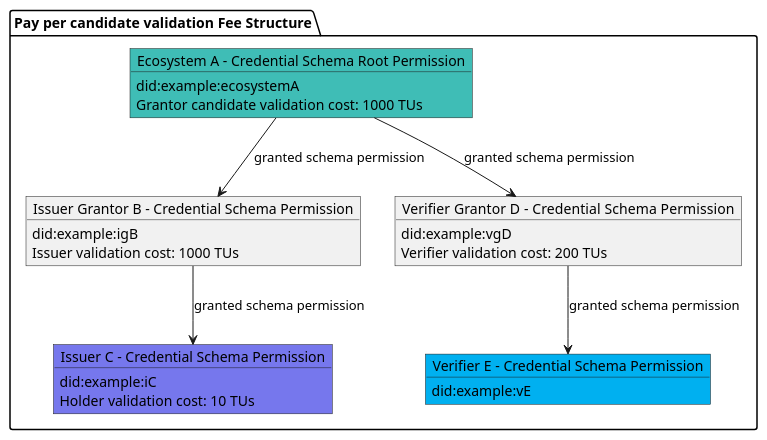
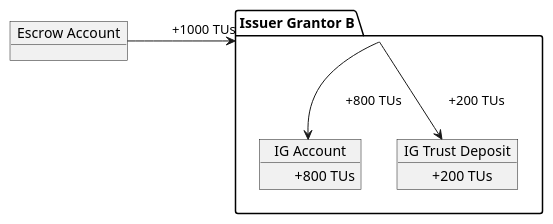
One commit to verana-labs/verifiable-trust-vpr-spec changed the eighth of 19 diagrams in spec.md. Above: the diagram before and after it, drawn with PlantUML. The commit also changed other lines of this file and 1 other file, not shown here.

````diff
--- a/spec.md
+++ b/spec.md
@@ -570,39 +670,24 @@
 ```plantuml
 
 @startuml
-scale max 800 width
- 
-package "Pay per candidate validation Fee Structure" as cs {
+scale max 1200 width
 
-    object "Ecosystem A - Credential Schema Root Permission" as tr #3fbdb6 {
-        did:example:ecosystemA
-        Grantor candidate validation cost: 1000 TUs
+package "Issuer Grantor B" as ig {
+    object "IG Account" as iga {
+        \t+800 TUs
     }
-    object "Issuer Grantor B - Credential Schema Permission" as ig {
-        did:example:igB
-        Issuer validation cost: 1000 TUs
-    }
-    object "Issuer C - Credential Schema Permission" as issuer #7677ed  {
-        did:example:iC
-        Holder validation cost: 10 TUs
-    }
-    object "Verifier Grantor D -  Credential Schema Permission" as vg {
-        did:example:vgD
-        Verifier validation cost: 200 TUs
-    }
-    object "Verifier E - Credential Schema Permission" as verifier #00b0f0 {
-        did:example:vE
+    object "IG Trust Deposit" as igtd {
+        \t+200 TUs
     }
 }
+object "Escrow Account" as escrow
 
 
 
-tr --> ig : granted schema permission
-ig --> issuer : granted schema permission
-
-tr --> vg : granted schema permission
-vg --> verifier : granted schema permission
+escrow -r-> ig: \t+1000 TUs \t\t\t\t\t
+ig --> iga: \t+800 TUs
+ig --> igtd: \t+200 TUs
 
 @enduml
 
 ```
````
